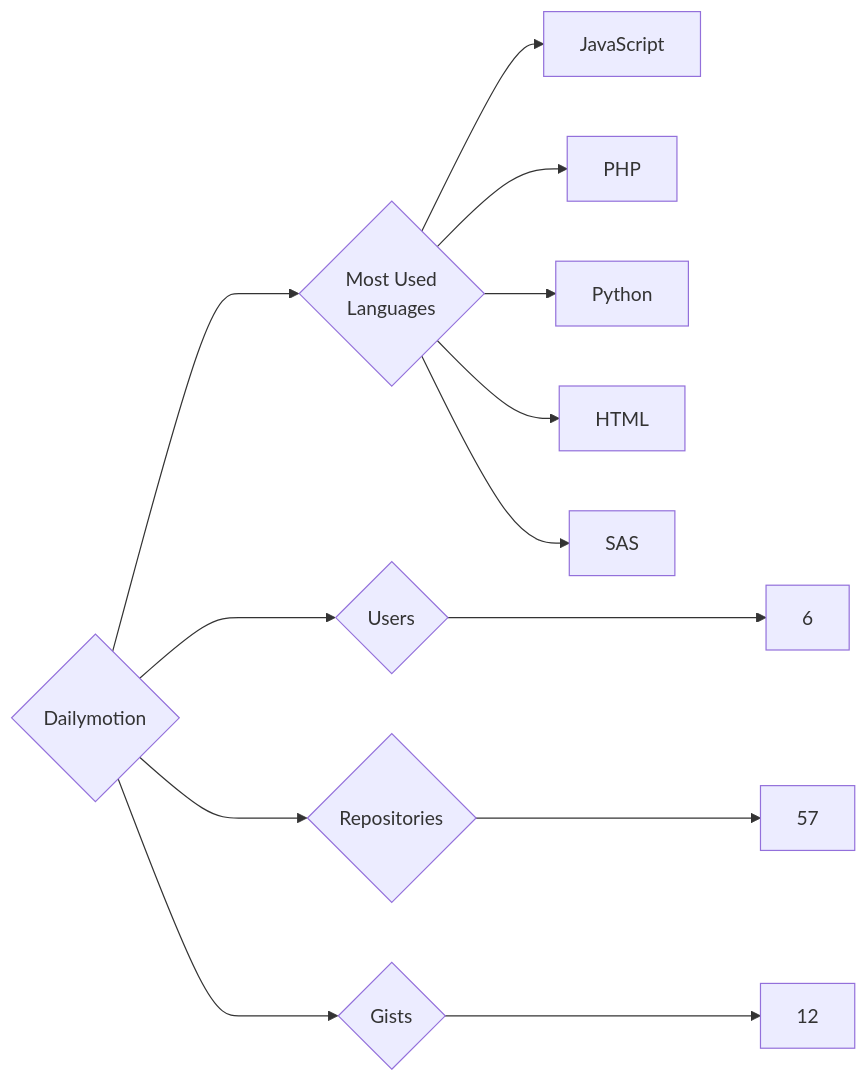
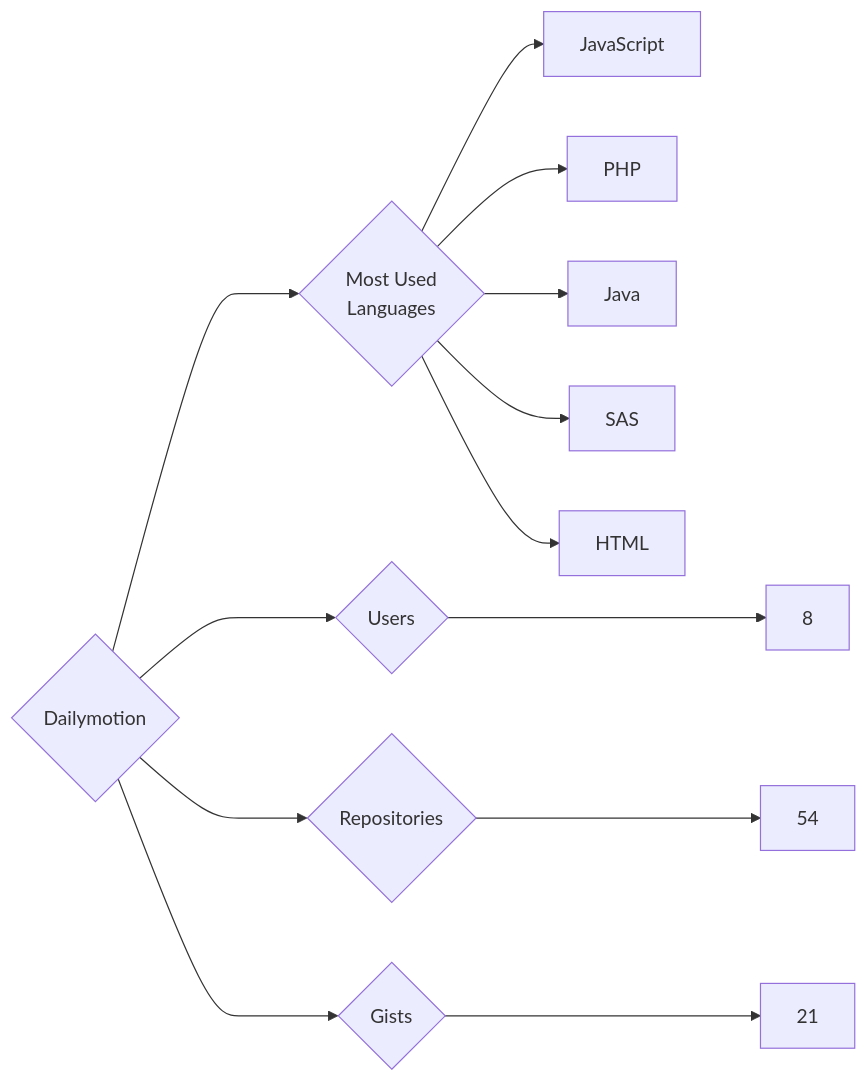
The diagram in targets/Dailymotion/README.md (trickest/insiders), drawn with Mermaid before and after one commit. The commit also changed 1088 other files, not shown here.

````diff
--- a/targets/Dailymotion/README.md
+++ b/targets/Dailymotion/README.md
@@ -3,13 +3,13 @@
 ```mermaid
 graph LR
 COMPANY_NAME{Dailymotion}
-COMPANY_NAME ---> U{Users} ---> UN[6]
-COMPANY_NAME ---> R{Repositories} ---> RN[57]
-COMPANY_NAME ---> G{Gists} ---> GN[12]
+COMPANY_NAME ---> U{Users} ---> UN[8]
+COMPANY_NAME ---> R{Repositories} ---> RN[54]
+COMPANY_NAME ---> G{Gists} ---> GN[21]
 COMPANY_NAME ---> ML{Most Used<br>Languages}
 ML --> JavaScript[JavaScript]
 ML --> PHP[PHP]
-ML --> Python[Python]
+ML --> Java[Java]
+ML --> SAS[SAS]
 ML --> HTML[HTML]
-ML --> SAS[SAS]
 ```
````
